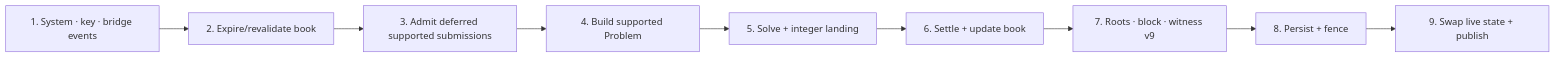
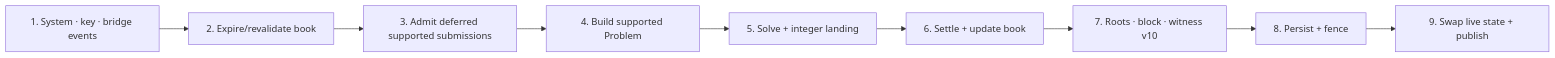
One commit to MetaB0y/sybil changed the diagram in docs/architecture/03-sequencing/Block Lifecycle.md. Above: the diagram before and after it, drawn with Mermaid. The commit also changed other lines of this file and 56 other files, not shown here.

````diff
--- a/docs/architecture/03-sequencing/Block Lifecycle.md
+++ b/docs/architecture/03-sequencing/Block Lifecycle.md
@@ -14,11 +14,11 @@
 ```mermaid
 flowchart LR
     EVENTS["1. System · key · bridge events"] --> BOOK["2. Expire/revalidate book"]
     BOOK --> ADMIT["3. Admit deferred supported submissions"]
     ADMIT --> PROBLEM["4. Build supported Problem"]
     PROBLEM --> SOLVE["5. Solve + integer landing"]
     SOLVE --> SETTLE["6. Settle + update book"]
-    SETTLE --> SEAL["7. Roots · block · witness v9"]
+    SETTLE --> SEAL["7. Roots · block · witness v10"]
     SEAL --> PERSIST["8. Persist + fence"]
     PERSIST --> COMMIT["9. Swap live state + publish"]
 ```
````
